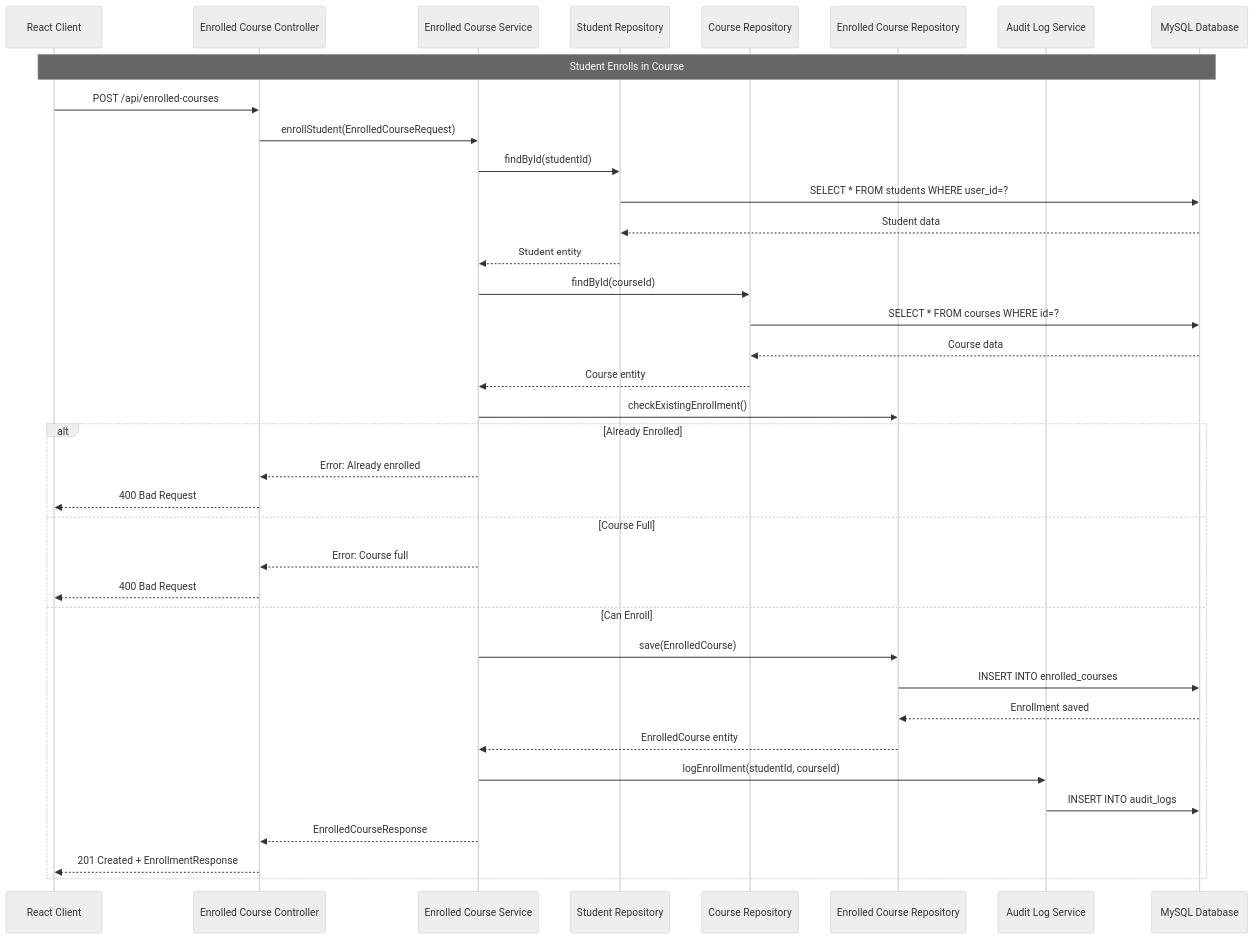
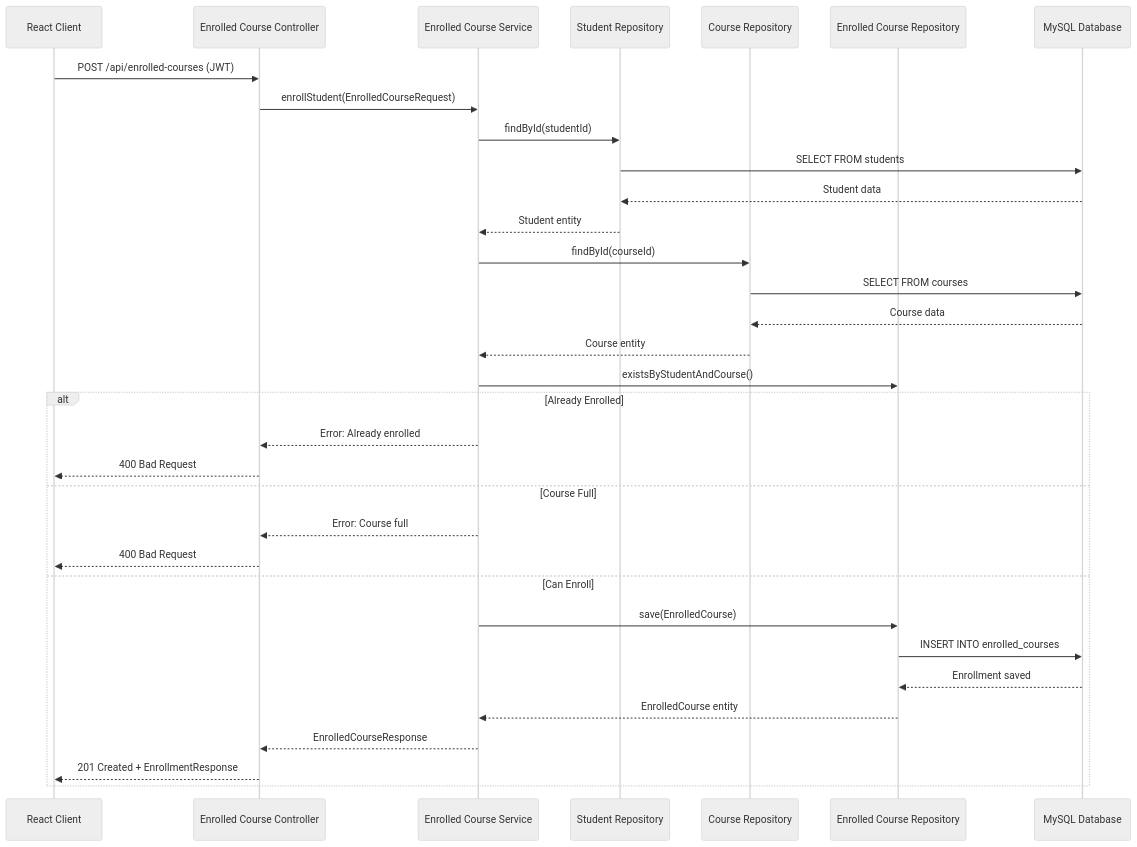
The third of 7 diagrams in diagrams/sequential-diagram.md (mahmoudss5/Uni-System), drawn with Mermaid (neutral theme) before and after one commit. The commit also changed other lines of this file and 3 other files, not shown here.

Commit message:
update readme and diagrams

````diff
--- a/diagrams/sequential-diagram.md
+++ b/diagrams/sequential-diagram.md
@@ -103,45 +87,39 @@
 ```mermaid
 sequenceDiagram
     participant Client as React Client
     participant EnrollController as Enrolled Course Controller
     participant EnrollService as Enrolled Course Service
     participant StudentRepo as Student Repository
     participant CourseRepo as Course Repository
     participant EnrollRepo as Enrolled Course Repository
-    participant AuditService as Audit Log Service
     participant DB as MySQL Database
 
-    Note over Client,DB: Student Enrolls in Course
-    Client->>EnrollController: POST /api/enrolled-courses
+    Client->>EnrollController: POST /api/enrolled-courses (JWT)
     EnrollController->>EnrollService: enrollStudent(EnrolledCourseRequest)
-    
+
     EnrollService->>StudentRepo: findById(studentId)
-    StudentRepo->>DB: SELECT * FROM students WHERE user_id=?
+    StudentRepo->>DB: SELECT FROM students
     DB-->>StudentRepo: Student data
     StudentRepo-->>EnrollService: Student entity
-    
+
     EnrollService->>CourseRepo: findById(courseId)
-    CourseRepo->>DB: SELECT * FROM courses WHERE id=?
+    CourseRepo->>DB: SELECT FROM courses
     DB-->>CourseRepo: Course data
     CourseRepo-->>EnrollService: Course entity
-    
-    EnrollService->>EnrollRepo: checkExistingEnrollment()
+
+    EnrollService->>EnrollRepo: existsByStudentAndCourse()
     alt Already Enrolled
         EnrollService-->>EnrollController: Error: Already enrolled
         EnrollController-->>Client: 400 Bad Request
     else Course Full
         EnrollService-->>EnrollController: Error: Course full
         EnrollController-->>Client: 400 Bad Request
     else Can Enroll
         EnrollService->>EnrollRepo: save(EnrolledCourse)
         EnrollRepo->>DB: INSERT INTO enrolled_courses
         DB-->>EnrollRepo: Enrollment saved
         EnrollRepo-->>EnrollService: EnrolledCourse entity
-        
-        EnrollService->>AuditService: logEnrollment(studentId, courseId)
-        AuditService->>DB: INSERT INTO audit_logs
-        
         EnrollService-->>EnrollController: EnrolledCourseResponse
         EnrollController-->>Client: 201 Created + EnrollmentResponse
     end
 ```
````
